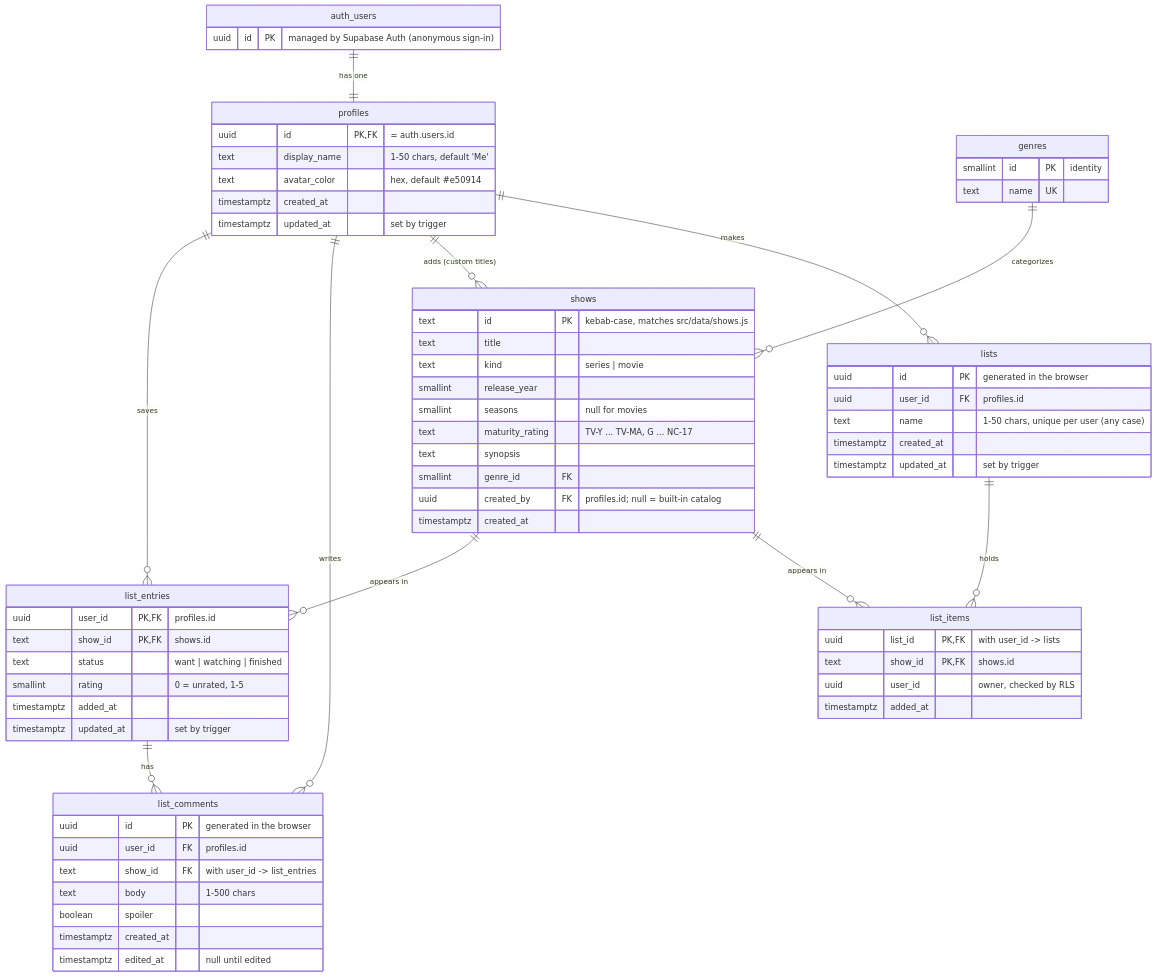
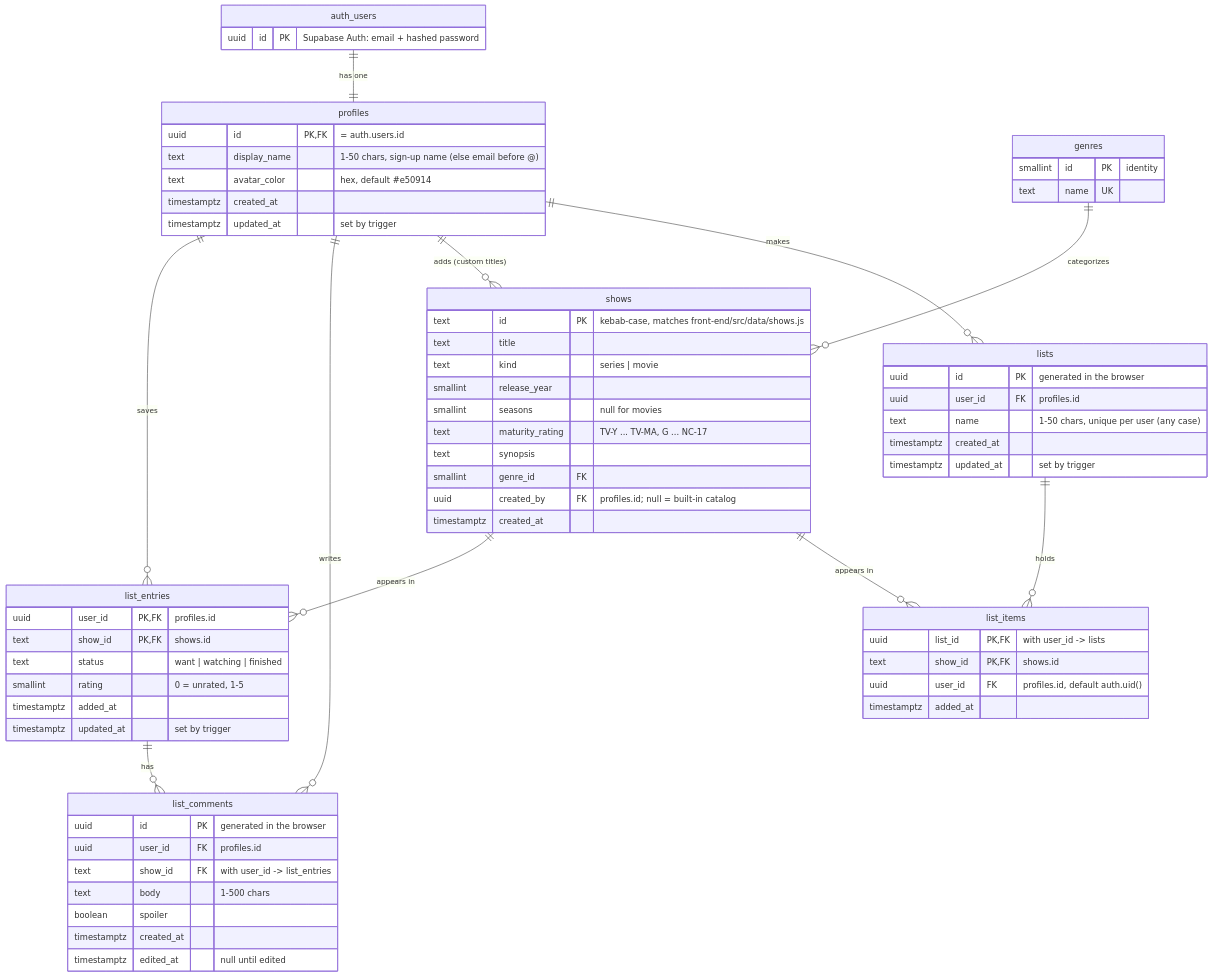
One commit to cruzjay188/netflix changed the diagram in docs/SCHEMA.md. Above: the diagram before and after it, drawn with Mermaid. The commit also changed other lines of this file and 26 other files, not shown here.

First line of the commit message:
Add email authentication with owner-only RLS (Netflix Clone IV)

````diff
--- a/docs/SCHEMA.md
+++ b/docs/SCHEMA.md
@@ -7,77 +9,77 @@
 ```mermaid
 erDiagram
     auth_users ||--|| profiles : "has one"
     profiles ||--o{ list_entries : "saves"
     profiles ||--o{ list_comments : "writes"
     list_entries ||--o{ list_comments : "has"
     shows ||--o{ list_entries : "appears in"
     genres ||--o{ shows : "categorizes"
     profiles ||--o{ shows : "adds (custom titles)"
     profiles ||--o{ lists : "makes"
     lists ||--o{ list_items : "holds"
     shows ||--o{ list_items : "appears in"
 
     auth_users {
-        uuid id PK "managed by Supabase Auth (anonymous sign-in)"
+        uuid id PK "Supabase Auth: email + hashed password"
     }
 
     profiles {
         uuid id PK, FK "= auth.users.id"
-        text display_name "1-50 chars, default 'Me'"
+        text display_name "1-50 chars, sign-up name (else email before @)"
         text avatar_color "hex, default #e50914"
         timestamptz created_at
         timestamptz updated_at "set by trigger"
     }
 
     genres {
         smallint id PK "identity"
         text name UK
     }
 
     shows {
-        text id PK "kebab-case, matches src/data/shows.js"
+        text id PK "kebab-case, matches front-end/src/data/shows.js"
         text title
         text kind "series | movie"
         smallint release_year
         smallint seasons "null for movies"
         text maturity_rating "TV-Y ... TV-MA, G ... NC-17"
         text synopsis
         smallint genre_id FK
         uuid created_by FK "profiles.id; null = built-in catalog"
         timestamptz created_at
     }
 
     lists {
         uuid id PK "generated in the browser"
         uuid user_id FK "profiles.id"
         text name "1-50 chars, unique per user (any case)"
         timestamptz created_at
         timestamptz updated_at "set by trigger"
     }
 
     list_items {
         uuid list_id PK, FK "with user_id -> lists"
         text show_id PK, FK "shows.id"
-        uuid user_id "owner, checked by RLS"
+        uuid user_id FK "profiles.id, default auth.uid()"
         timestamptz added_at
     }
 
     list_entries {
         uuid user_id PK, FK "profiles.id"
         text show_id PK, FK "shows.id"
         text status "want | watching | finished"
         smallint rating "0 = unrated, 1-5"
         timestamptz added_at
         timestamptz updated_at "set by trigger"
     }
 
     list_comments {
         uuid id PK "generated in the browser"
         uuid user_id FK "profiles.id"
         text show_id FK "with user_id -> list_entries"
         text body "1-500 chars"
         boolean spoiler
         timestamptz created_at
         timestamptz edited_at "null until edited"
     }
 ```
````
